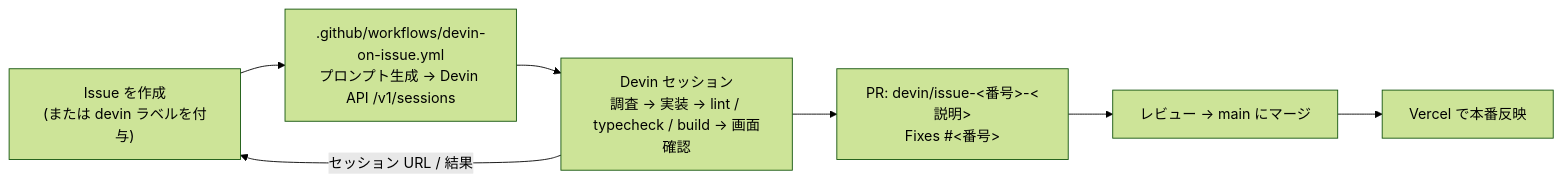
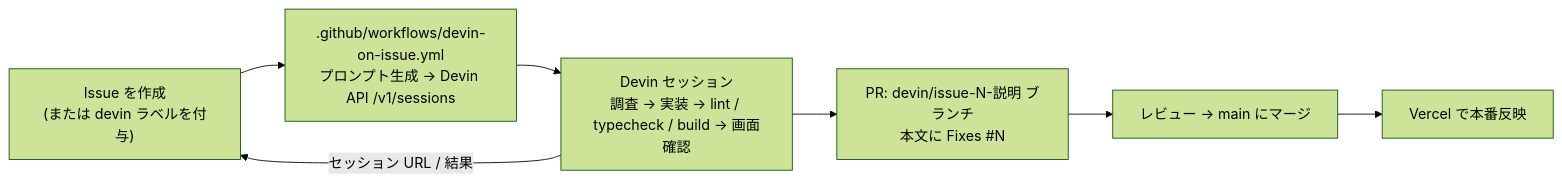
One commit to yszwtrs-wttm/AIAU-cosme changed the second of 2 diagrams in README.md. Above: the diagram before and after it, drawn with Mermaid (forest theme). The commit also changed other lines of this file, not shown here.

Commit message:
実績の件数を実測値に直し、図のラベルを整える

````diff
--- a/README.md
+++ b/README.md
@@ -78,12 +78,12 @@
 ```mermaid
 flowchart LR
   issue["Issue を作成<br/>(または devin ラベルを付与)"]
   wf[".github/workflows/devin-on-issue.yml<br/>プロンプト生成 → Devin API /v1/sessions"]
   session["Devin セッション<br/>調査 → 実装 → lint / typecheck / build → 画面確認"]
-  pr["PR: devin/issue-&lt;番号&gt;-&lt;説明&gt;<br/>Fixes #&lt;番号&gt;"]
+  pr["PR: devin/issue-N-説明 ブランチ<br/>本文に Fixes #N"]
   review["レビュー → main にマージ"]
   deploy["Vercel で本番反映"]
 
   issue --> wf --> session --> pr --> review --> deploy
   session -->|セッション URL / 結果| issue
 ```
````
